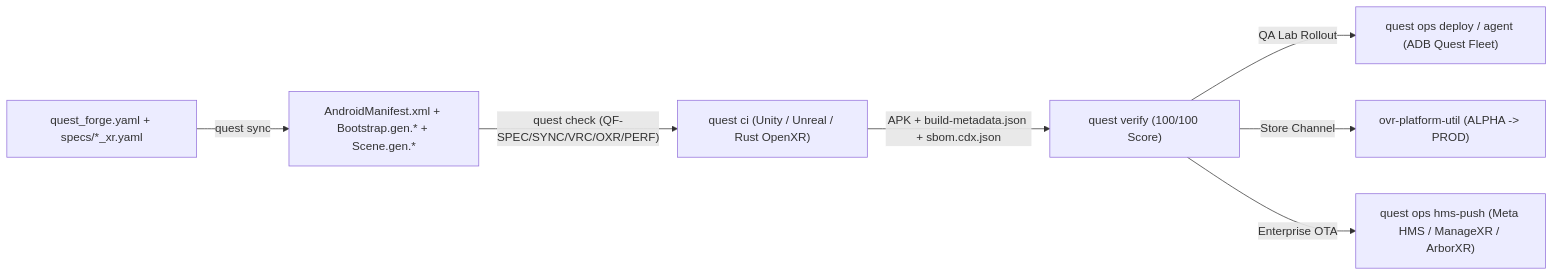
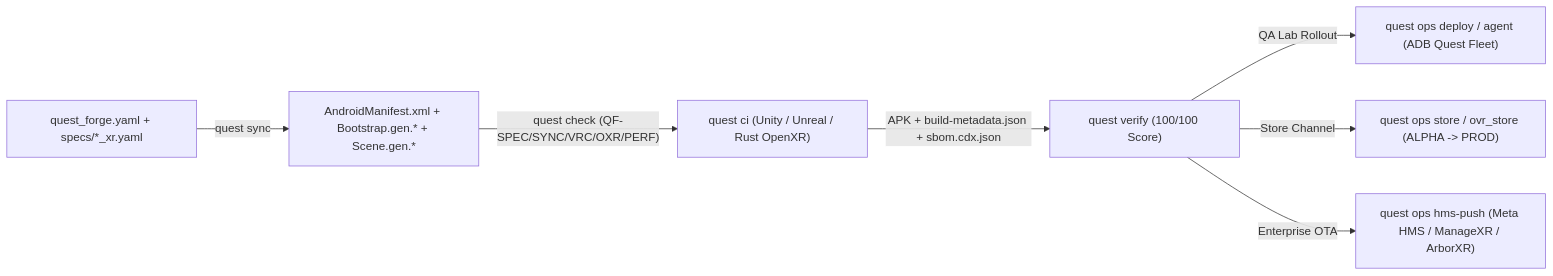
One commit to sweengineeringlabs/questforge changed the second of 5 diagrams in docs/3-design/architecture.md. Above: the diagram before and after it, drawn with Mermaid. The commit also changed other lines of this file and 7 other files, not shown here.

Commit message:
docs(design,ideation): complete architecture diagrams, WSL interop flow, ER schema, and visual assets

````diff
--- a/docs/3-design/architecture.md
+++ b/docs/3-design/architecture.md
@@ -52,9 +56,9 @@
 ```mermaid
 flowchart LR
     Spec["quest_forge.yaml + specs/*_xr.yaml"] -->|"quest sync"| Gen["AndroidManifest.xml + Bootstrap.gen.* + Scene.gen.*"]
     Gen -->|"quest check (QF-SPEC/SYNC/VRC/OXR/PERF)"| Build["quest ci (Unity / Unreal / Rust OpenXR)"]
     Build -->|"APK + build-metadata.json + sbom.cdx.json"| Verify["quest verify (100/100 Score)"]
     Verify -->|"QA Lab Rollout"| Lab["quest ops deploy / agent (ADB Quest Fleet)"]
-    Verify -->|"Store Channel"| Store["ovr-platform-util (ALPHA -> PROD)"]
+    Verify -->|"Store Channel"| Store["quest ops store / ovr_store (ALPHA -> PROD)"]
     Verify -->|"Enterprise OTA"| HMS["quest ops hms-push (Meta HMS / ManageXR / ArborXR)"]
 ```
````
